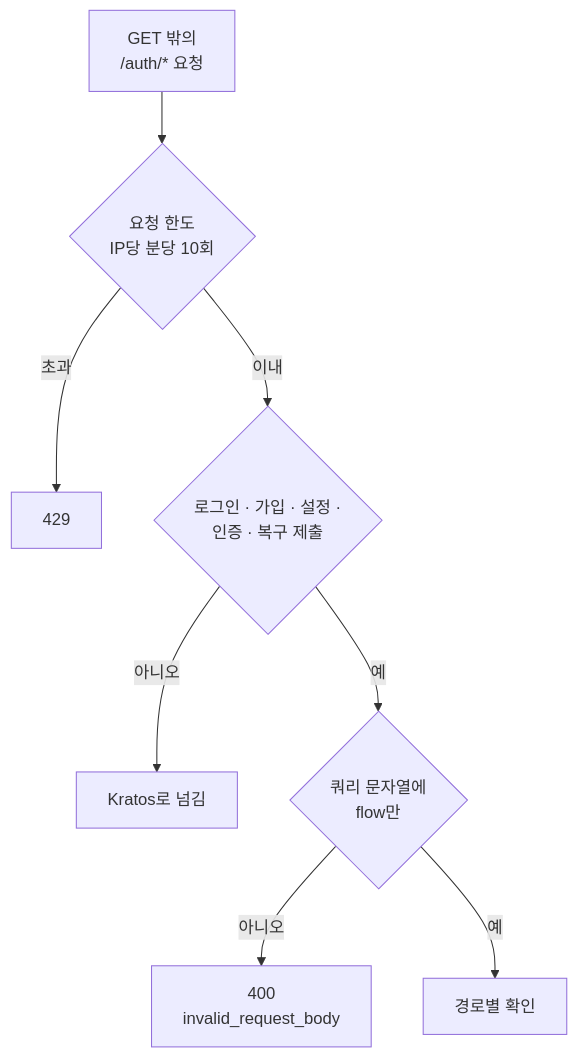
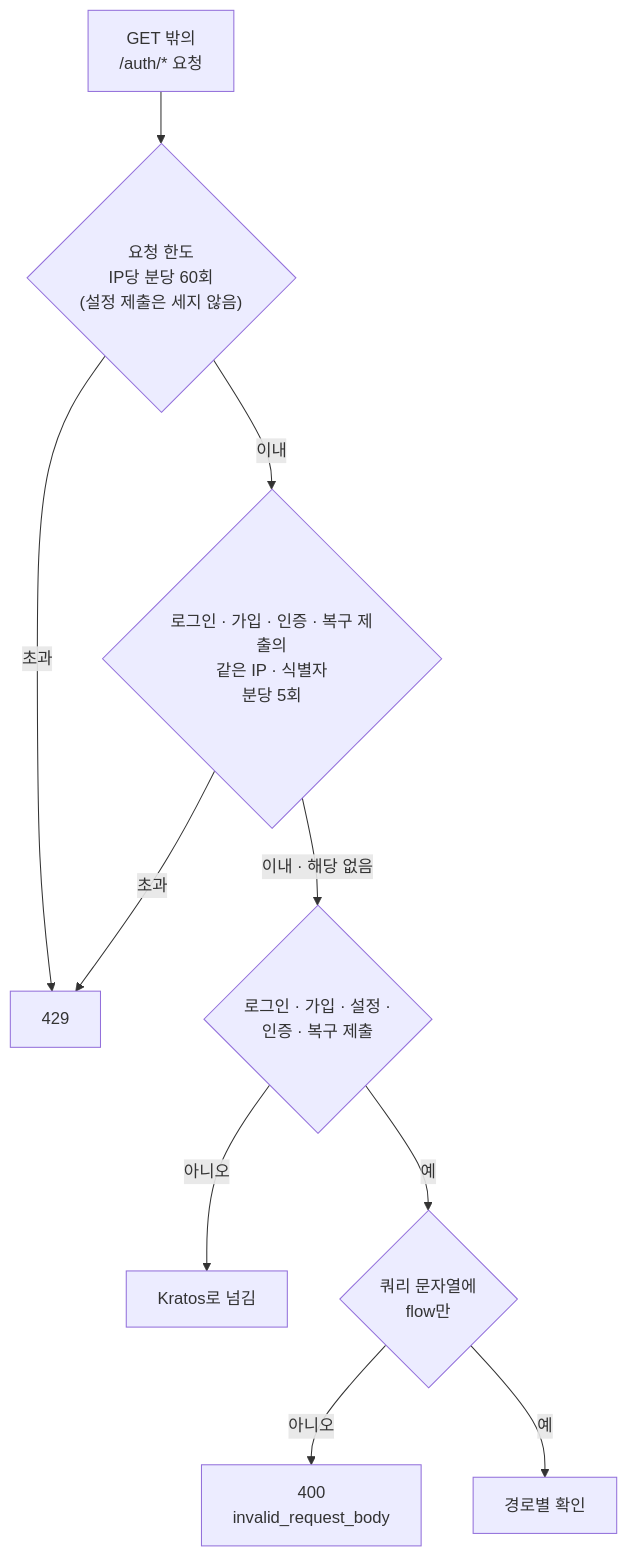
One commit to onprem-hipster-timer/backend changed the first of 3 diagrams in docs/guides/auth-proxy.ko.md. Above: the diagram before and after it, drawn with Mermaid. The commit also changed other lines of this file and 6 other files, not shown here.

````diff
--- a/docs/guides/auth-proxy.ko.md
+++ b/docs/guides/auth-proxy.ko.md
@@ -28,10 +28,12 @@
 ```mermaid
 flowchart TD
-    A["GET 밖의<br/>/auth/* 요청"] --> RL{"요청 한도<br/>IP당 분당 10회"}
+    A["GET 밖의<br/>/auth/* 요청"] --> RL{"요청 한도<br/>IP당 분당 60회<br/>(설정 제출은 세지 않음)"}
     RL -->|"초과"| R429["429"]
-    RL -->|"이내"| Q{"로그인 · 가입 · 설정 ·<br/>인증 · 복구 제출"}
+    RL -->|"이내"| RI{"로그인 · 가입 · 인증 · 복구 제출의<br/>같은 IP · 식별자<br/>분당 5회"}
+    RI -->|"초과"| R429
+    RI -->|"이내 · 해당 없음"| Q{"로그인 · 가입 · 설정 ·<br/>인증 · 복구 제출"}
     Q -->|"아니오"| FWD["Kratos로 넘김"]
     Q -->|"예"| QS{"쿼리 문자열에<br/>flow만"}
     QS -->|"아니오"| R400["400<br/>invalid_request_body"]
     QS -->|"예"| NEXT["경로별 확인"]
 ```
````
